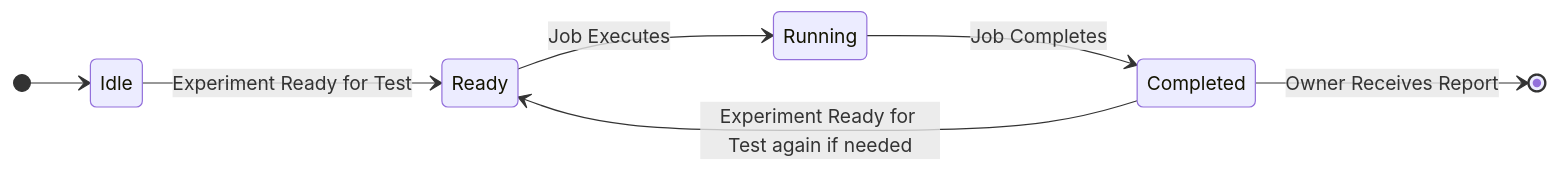
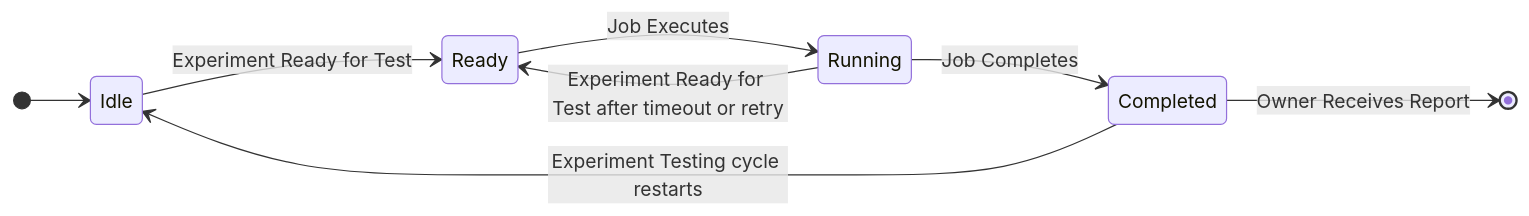
One commit to mozilla/klaatu changed the first of 5 diagrams in docs/sequences.md. Above: the diagram before and after it, drawn with Mermaid. The commit also changed other lines of this file, not shown here.

Commit message:
Remove extra diagrams and redo flows.

````diff
--- a/docs/sequences.md
+++ b/docs/sequences.md
@@ -10,12 +10,13 @@
 ```mermaid
     stateDiagram-v2
         direction LR
         [*] --> Idle
 
         Idle --> Ready: Experiment Ready for Test
         Ready --> Running : Job Executes
         Running --> Completed: Job Completes
-        Completed --> Ready: Experiment Ready for Test again if needed
+        Running --> Ready: Experiment Ready for Test after timeout or retry
+        Completed --> Idle: Experiment Testing cycle restarts
         Completed --> [*] : Owner Receives Report
 
 ```
````
